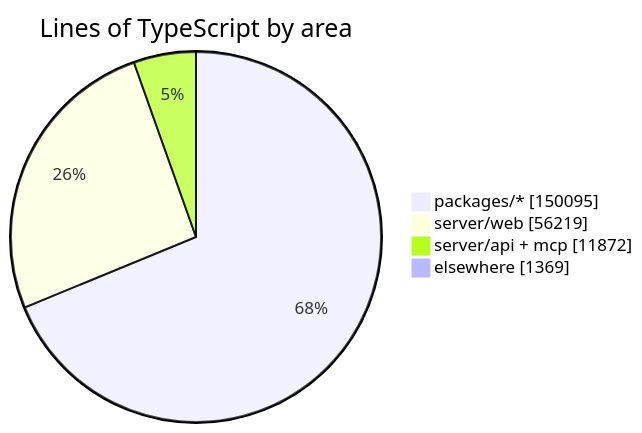
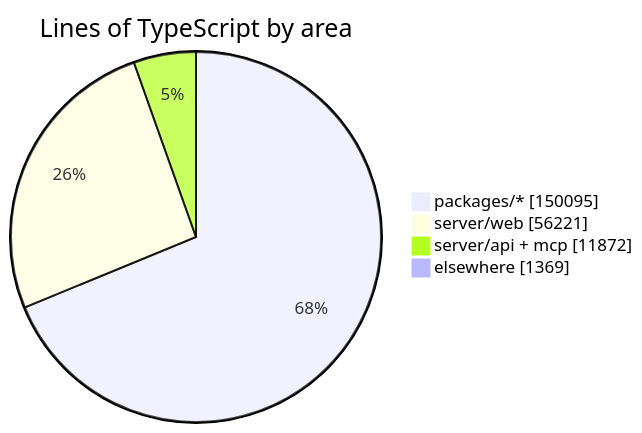
The diagram in README.md (crossworks-engineering/mantle), drawn with Mermaid before and after one commit. The commit also changed other lines of this file and 2 other files, not shown here.

````diff
--- a/README.md
+++ b/README.md
@@ -279,7 +279,7 @@
 ```mermaid
 pie showData title Lines of TypeScript by area
     "packages/*" : 150095
-    "server/web" : 56219
+    "server/web" : 56221
     "server/api + mcp" : 11872
     "elsewhere" : 1369
 ```
````
